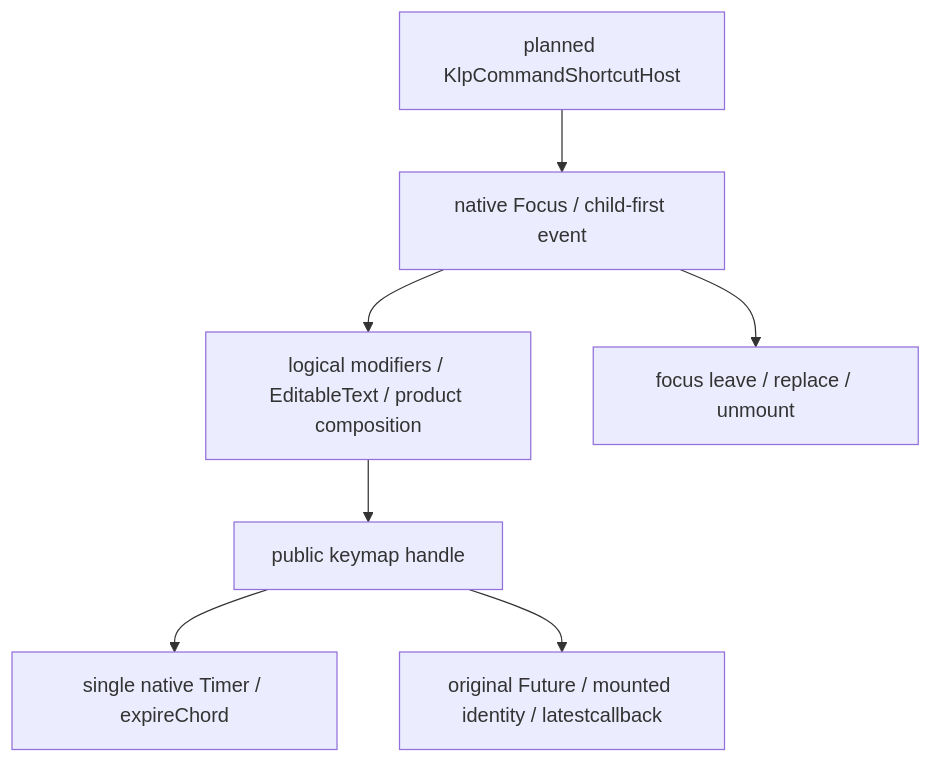
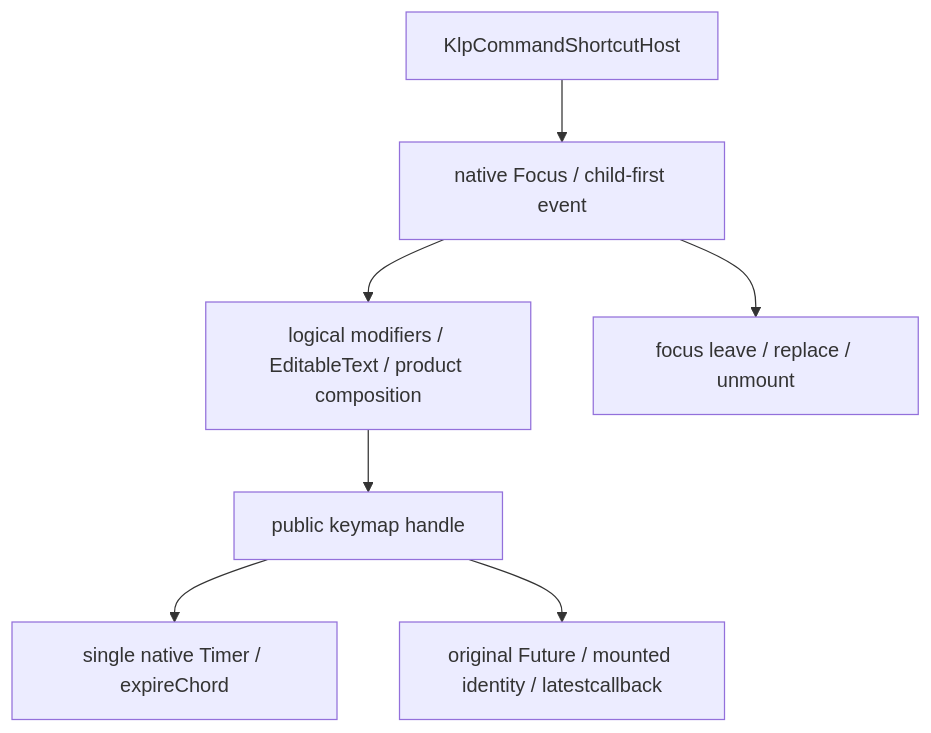
One commit to MiuDog/Kallopis changed the first of 3 diagrams in flutter/lib/src/features/actions/command_shortcut_host/architecture.md. Above: the diagram before and after it, drawn with Mermaid. The commit also changed other lines of this file and 9 other files, not shown here.

Commit message:
docs: publish verified native shortcut hosts and consumer plans

````diff
--- a/flutter/lib/src/features/actions/command_shortcut_host/architecture.md
+++ b/flutter/lib/src/features/actions/command_shortcut_host/architecture.md
@@ -9,9 +9,9 @@
 ```mermaid
 flowchart TD
-	Host[planned KlpCommandShortcutHost] --> Focus[native Focus / child-first event]
+	Host[KlpCommandShortcutHost] --> Focus[native Focus / child-first event]
 	Focus --> Convert[logical modifiers / EditableText / product composition]
 	Convert --> Core[public keymap handle]
 	Core --> Timer[single native Timer / expireChord]
 	Core --> Result[original Future / mounted identity / latestcallback]
 	Focus --> Cleanup[focus leave / replace / unmount]
 ```
````
